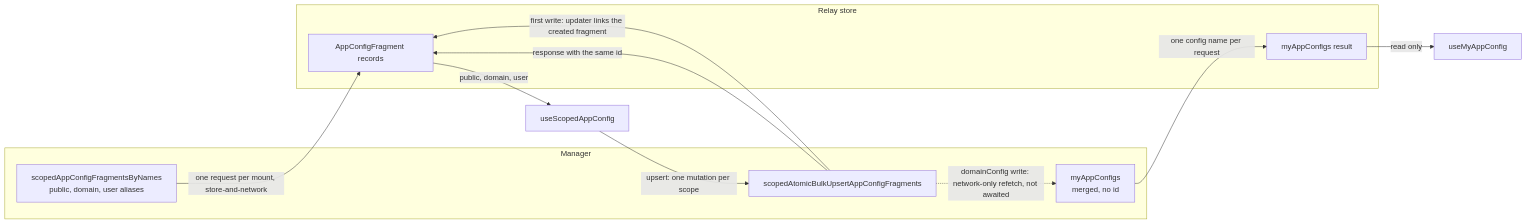
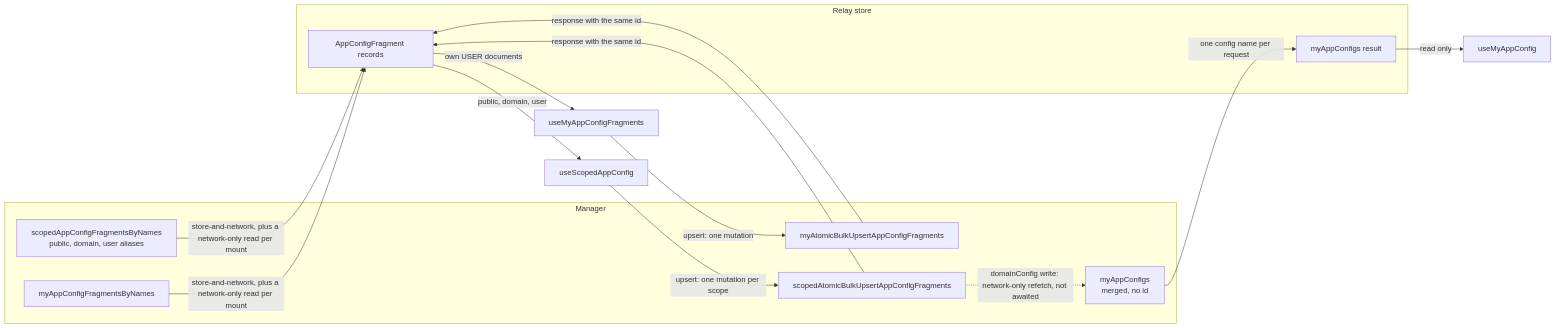
Before and after one commit to lablup/backend.ai-webui: the first of 2 diagrams in docs/adr/0033-scoped-and-merged-app-config-hooks.md, drawn with Mermaid. The commit also changed other lines of this file and 17 other files, not shown here.

First line of the commit message:
refactor(#11146): pass scope objects and read the own userConfig through my*

````diff
--- a/docs/adr/0033-scoped-and-merged-app-config-hooks.md
+++ b/docs/adr/0033-scoped-and-merged-app-config-hooks.md
@@ -22,20 +23,25 @@
 ```mermaid
 flowchart LR
   subgraph manager["Manager"]
     raw["scopedAppConfigFragmentsByNames<br/>public, domain, user aliases"]
+    mine["myAppConfigFragmentsByNames"]
     merged["myAppConfigs<br/>merged, no id"]
     upsert["scopedAtomicBulkUpsertAppConfigFragments"]
+    myUpsert["myAtomicBulkUpsertAppConfigFragments"]
   end
   subgraph store["Relay store"]
     rawRec["AppConfigFragment records"]
     mergedRec["myAppConfigs result"]
   end
-  raw -- "one request per mount, store-and-network" --> rawRec
+  raw -- "store-and-network, plus a network-only read per mount" --> rawRec
+  mine -- "store-and-network, plus a network-only read per mount" --> rawRec
   rawRec -- "public, domain, user" --> scoped["useScopedAppConfig"]
+  rawRec -- "own USER documents" --> own["useMyAppConfigFragments"]
   scoped -- "upsert: one mutation per scope" --> upsert
+  own -- "upsert: one mutation" --> myUpsert
   upsert -- "response with the same id" --> rawRec
-  upsert -- "first write: updater links the created fragment" --> rawRec
+  myUpsert -- "response with the same id" --> rawRec
   upsert -. "domainConfig write: network-only refetch, not awaited" .-> merged
   merged -- "one config name per request" --> mergedRec
   mergedRec -- "read only" --> my["useMyAppConfig"]
 ```
````
